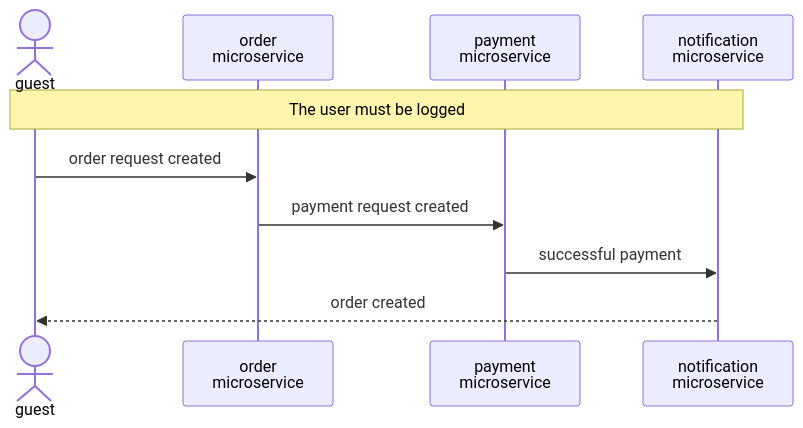
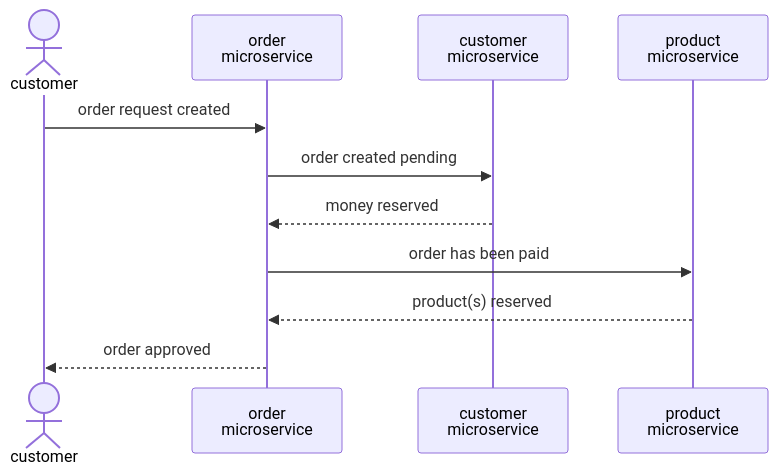
The diagram in README.md (wasd0/eshop), drawn with Mermaid before and after one commit. The commit also changed other lines of this file, not shown here.

Commit message:
update interaction of services diagram

````diff
--- a/README.md
+++ b/README.md
@@ -7,14 +7,13 @@
 ```mermaid
 sequenceDiagram
-    actor guest
-    participant os as order <br> microservice
-    participant ps as payment <br> microservice
-    participant ns as notification <br> microservice
-    
-    note over guest, ns: The user must be logged
-    
-    guest ->> os: order request created
-    os ->> ps: payment request created
-    ps ->> ns: successful payment
-    ns -->> guest: order created
+    actor customer
+    participant order_s as order <br> microservice
+    participant customer_s as customer <br> microservice
+    participant product_s as product <br> microservice
+    customer ->> order_s: order request created
+    order_s ->> customer_s: order created pending
+    customer_s -->> order_s: money reserved
+    order_s ->> product_s: order has been paid
+    product_s -->> order_s: product(s) reserved
+    order_s -->> customer: order approved
 ```
````
